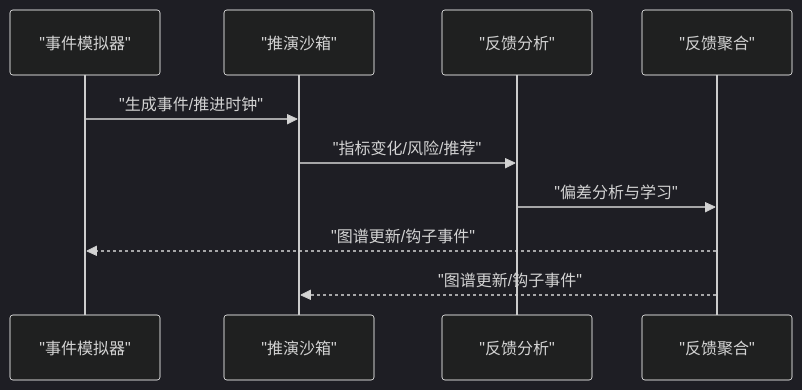
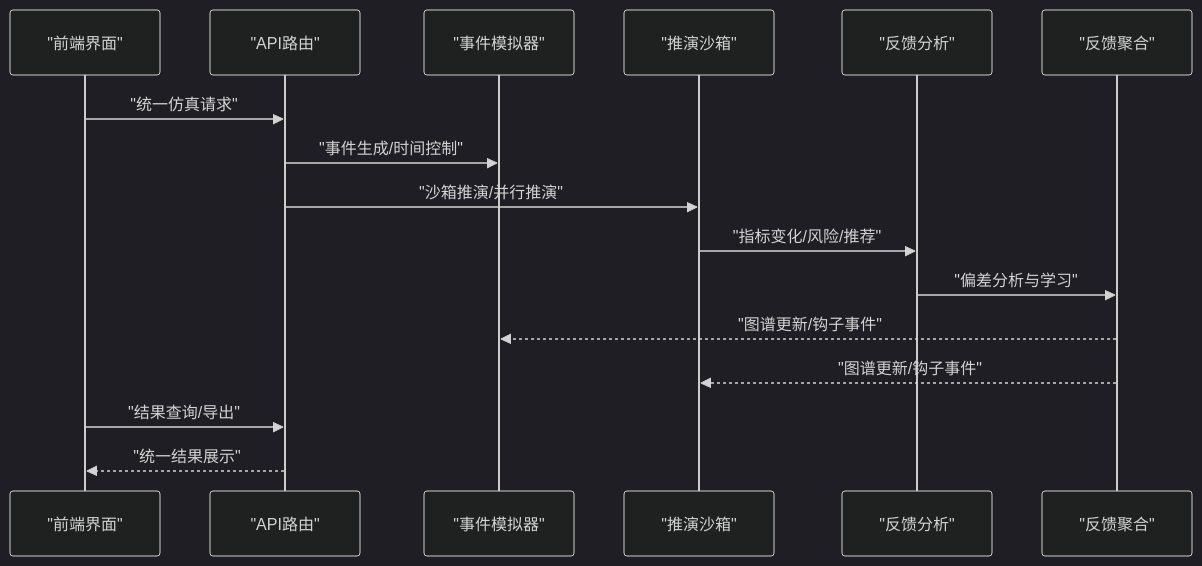
Before and after one commit to inier/ontology-graphiti: the second of 8 diagrams in .qoder/repowiki/zh/content/架构设计/分层架构设计/L3-L4 业务层/仿真反馈系统.md, drawn with Mermaid (dark theme). The commit also changed other lines of this file and 7 other files, not shown here.

First line of the commit message:
fix: 策略编辑器移除审计日志Tab + 业务规则归入语义地图

````diff
--- a/.qoder/repowiki/zh/content/架构设计/分层架构设计/L3-L4 业务层/仿真反馈系统.md
+++ b/.qoder/repowiki/zh/content/架构设计/分层架构设计/L3-L4 业务层/仿真反馈系统.md
@@ -85,12 +119,18 @@
 ```mermaid
 sequenceDiagram
+participant UI as "前端界面"
+participant API as "API路由"
 participant ES as "事件模拟器"
 participant SS as "推演沙箱"
 participant FA as "反馈分析"
 participant AG as "反馈聚合"
-ES->>SS : "生成事件/推进时钟"
+UI->>API : "统一仿真请求"
+API->>ES : "事件生成/时间控制"
+API->>SS : "沙箱推演/并行推演"
 SS->>FA : "指标变化/风险/推荐"
 FA->>AG : "偏差分析与学习"
 AG-->>ES : "图谱更新/钩子事件"
 AG-->>SS : "图谱更新/钩子事件"
+UI->>API : "结果查询/导出"
+API-->>UI : "统一结果展示"
 ```
````
